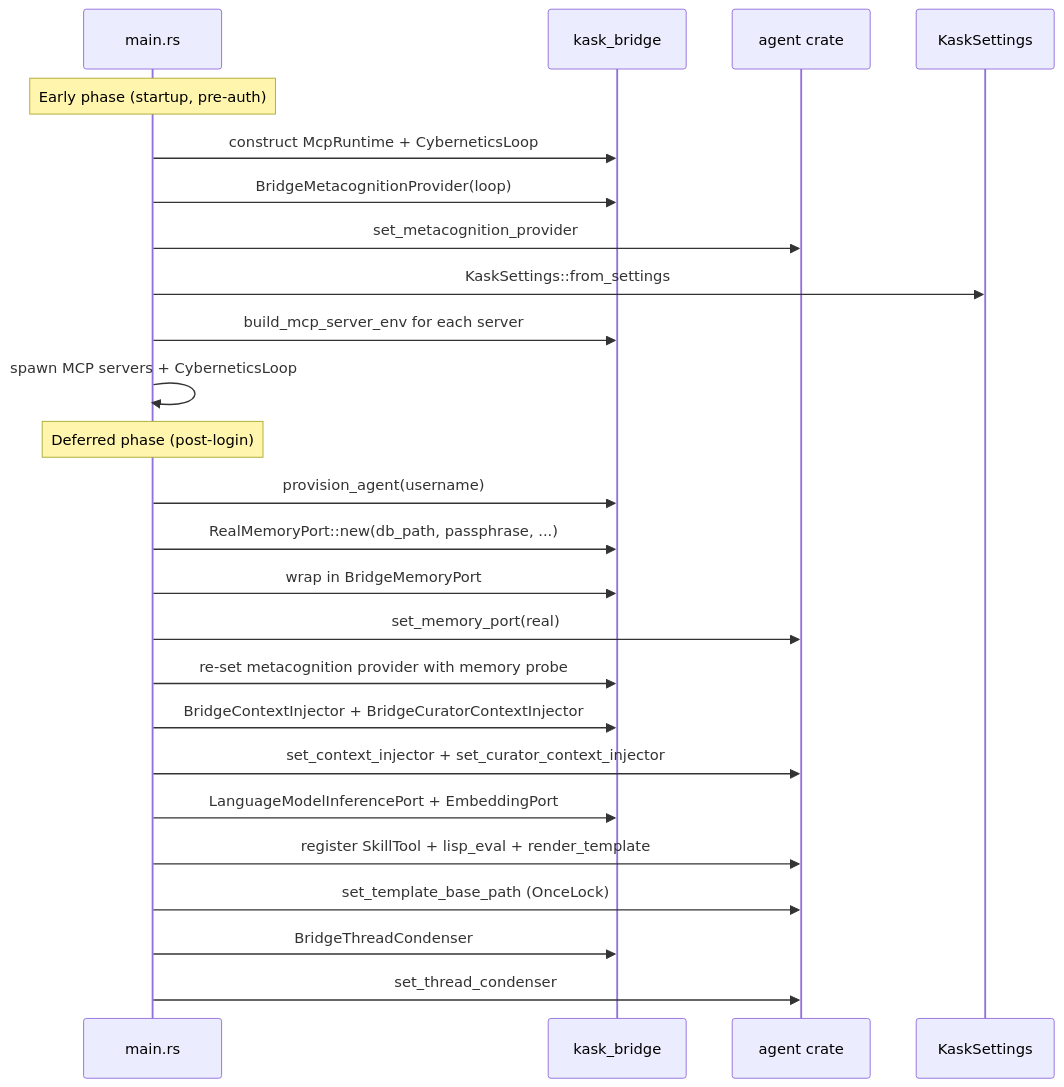
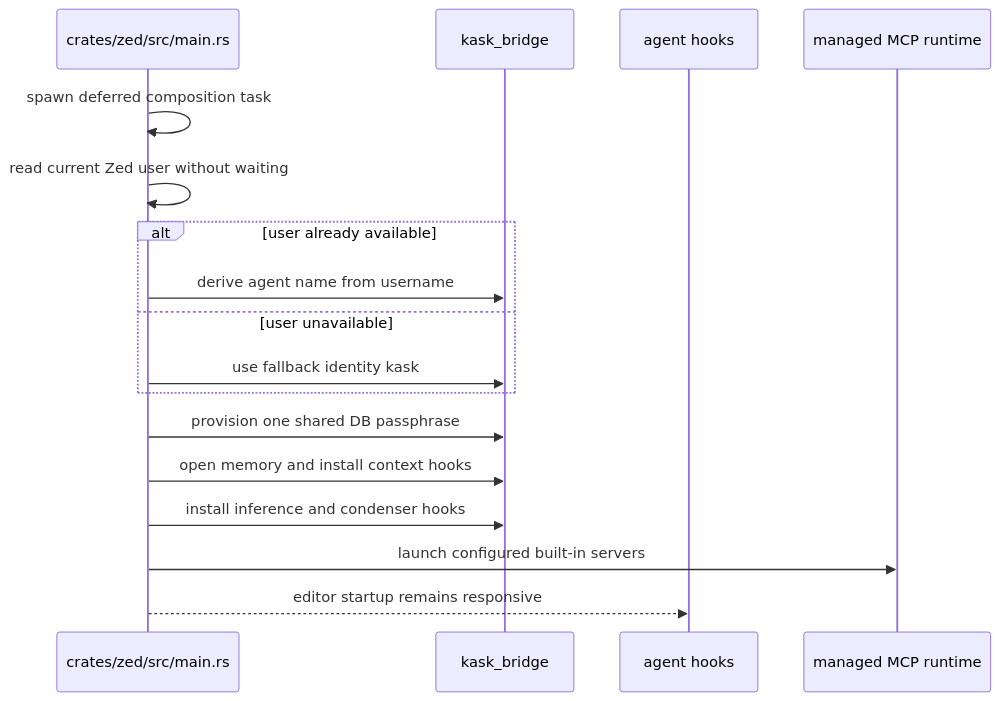
One commit to mdz-axo/zed-kask changed the first of 2 diagrams in kask/docs/diataxis/kask_bridge/explanation.md. Above: the diagram before and after it, drawn with Mermaid. The commit also changed other lines of this file and 15 other files, not shown here.

````diff
--- a/kask/docs/diataxis/kask_bridge/explanation.md
+++ b/kask/docs/diataxis/kask_bridge/explanation.md
@@ -79,29 +41,20 @@
 ```mermaid
 sequenceDiagram
-    participant Main as main.rs
+    participant Main as crates/zed/src/main.rs
     participant Bridge as kask_bridge
-    participant Agent as agent crate
-    participant Settings as KaskSettings
+    participant Agent as agent hooks
+    participant MCP as managed MCP runtime
 
-    Note over Main: Early phase (startup, pre-auth)
-    Main->>Bridge: construct McpRuntime + CyberneticsLoop
-    Main->>Bridge: BridgeMetacognitionProvider(loop)
-    Main->>Agent: set_metacognition_provider
-    Main->>Settings: KaskSettings::from_settings
-    Main->>Bridge: build_mcp_server_env for each server
-    Main->>Main: spawn MCP servers + CyberneticsLoop
-
-    Note over Main: Deferred phase (post-login)
-    Main->>Bridge: provision_agent(username)
-    Main->>Bridge: RealMemoryPort::new(db_path, passphrase, ...)
-    Main->>Bridge: wrap in BridgeMemoryPort
-    Main->>Agent: set_memory_port(real)
-    Main->>Bridge: re-set metacognition provider with memory probe
-    Main->>Bridge: BridgeContextInjector + BridgeCuratorContextInjector
-    Main->>Agent: set_context_injector + set_curator_context_injector
-    Main->>Bridge: LanguageModelInferencePort + EmbeddingPort
-    Main->>Agent: register SkillTool + lisp_eval + render_template
-    Main->>Agent: set_template_base_path (OnceLock)
-    Main->>Bridge: BridgeThreadCondenser
-    Main->>Agent: set_thread_condenser
+    Main->>Main: spawn deferred composition task
+    Main->>Main: read current Zed user without waiting
+    alt user already available
+        Main->>Bridge: derive agent name from username
+    else user unavailable
+        Main->>Bridge: use fallback identity kask
+    end
+    Main->>Bridge: provision one shared DB passphrase
+    Main->>Bridge: open memory and install context hooks
+    Main->>Bridge: install inference and condenser hooks
+    Main->>MCP: launch configured built-in servers
+    Main-->>Agent: editor startup remains responsive
 ```
````
